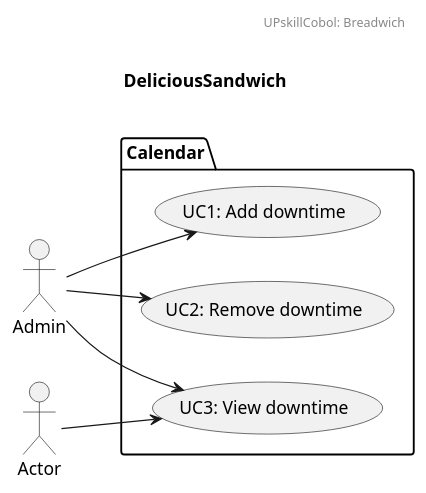
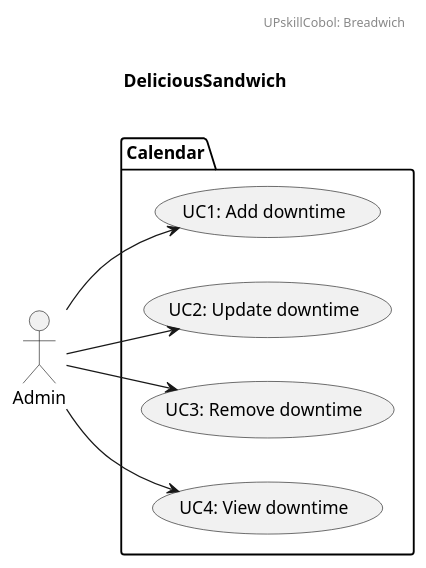
One commit to UpSkillCobol/lab2 changed the diagram in Part2/documentation/UCCalendar.puml. Above: the diagram before and after it, drawn with PlantUML.

Commit message:
Update UCCalendar.puml
Update Case Diagram Calendar.

```diff
--- a/Part2/documentation/UCCalendar.puml
+++ b/Part2/documentation/UCCalendar.puml
@@ -1,22 +1,24 @@
 @startuml
 left to right direction
 
 header
 UPskillCobol: Breadwich
 endheader
 
 title \nDeliciousSandwich\n
 
 
 
 package Calendar {
   usecase "UC1: Add downtime" as UC1
-  usecase "UC2: Remove downtime" as UC2
-  usecase "UC3: View downtime" as UC3
+  usecase "UC2: Update downtime" as UC2
+  usecase "UC3: Remove downtime" as UC3
+  usecase "UC4: View downtime" as UC4
 }
 
 Admin --> UC1
 Admin --> UC2
 Admin --> UC3
-Actor --> UC3
+Admin --> UC4
+
 @enduml
```
